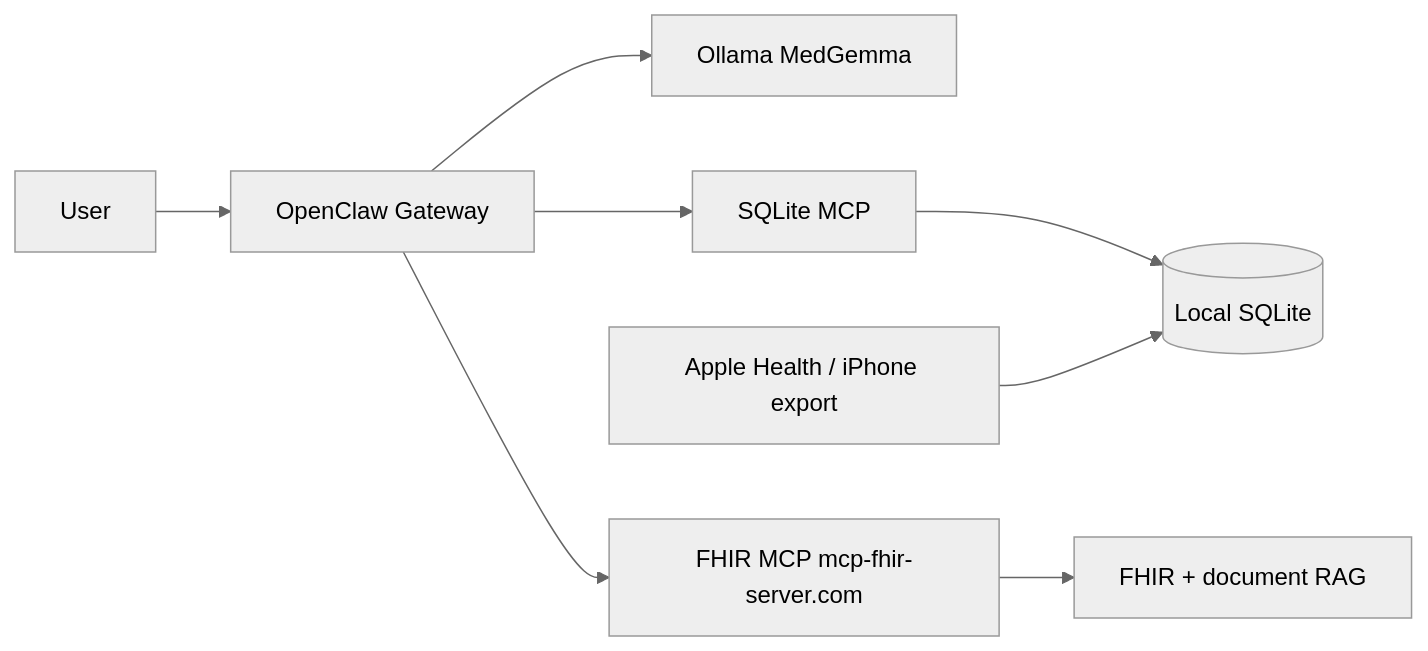
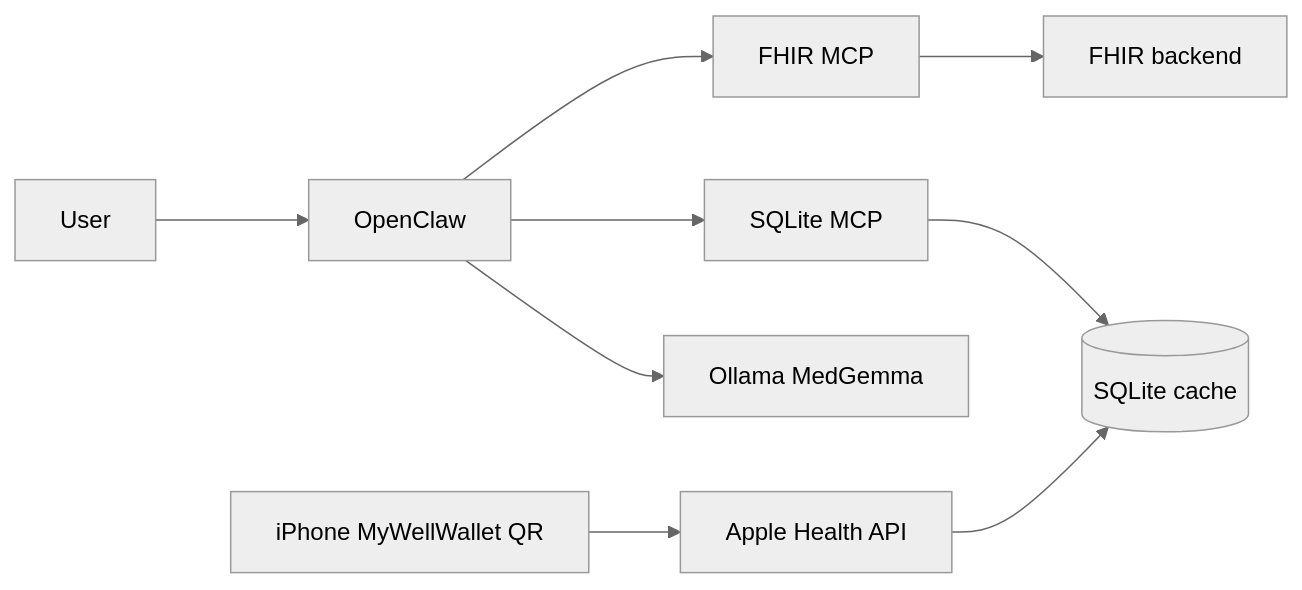
One commit to CGU-AI4Humanity/openclaw_health_wallet changed the diagram in Openclaw_Health_Assistant/README.md. Above: the diagram before and after it, drawn with Mermaid (neutral theme). The commit also changed other lines of this file and 4 other files, not shown here.

First line of the commit message:
Rewrite OpenClaw README as phased setup guide with MCP and prompts.

````diff
--- a/Openclaw_Health_Assistant/README.md
+++ b/Openclaw_Health_Assistant/README.md
@@ -23,10 +35,11 @@
 ```mermaid
 flowchart LR
-  U[User] --> OC[OpenClaw Gateway]
+  U[User] --> OC[OpenClaw]
   OC --> MG[Ollama MedGemma]
-  OC --> LMCP[SQLite MCP]
-  OC --> RMCP[FHIR MCP mcp-fhir-server.com]
-  LMCP --> DB[(Local SQLite)]
-  AH[Apple Health / iPhone export] --> DB
-  RMCP --> FHIR[FHIR + document RAG]
+  OC --> SMCP[SQLite MCP]
+  OC --> FMCP[FHIR MCP]
+  SMCP --> DB[(SQLite cache)]
+  PH[iPhone MyWellWallet QR] --> API[Apple Health API]
+  API --> DB
+  FMCP --> EHR[FHIR backend]
 ```
````
